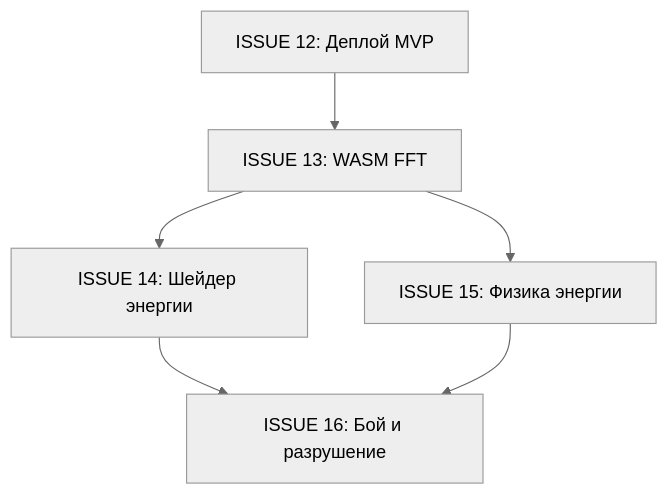
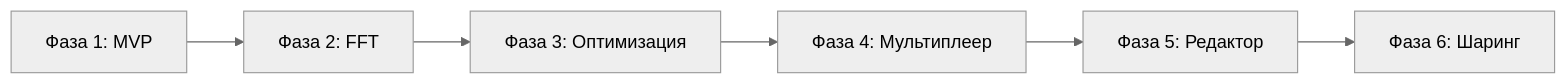
The diagram in TASKS.md (konard/netkeep80-isocubic), drawn with Mermaid (neutral theme) before and after one commit. The commit also changed other lines of this file and 8 other files, not shown here.

````diff
--- a/TASKS.md
+++ b/TASKS.md
@@ -623,8 +142,8 @@
 ```mermaid
-graph TD
-    I12[ISSUE 12: Деплой MVP] --> I13[ISSUE 13: WASM FFT]
-    I13 --> I14[ISSUE 14: Шейдер энергии]
-    I13 --> I15[ISSUE 15: Физика энергии]
-    I14 --> I16[ISSUE 16: Бой и разрушение]
-    I15 --> I16
+graph LR
+    P1[Фаза 1: MVP] --> P2[Фаза 2: FFT]
+    P2 --> P3[Фаза 3: Оптимизация]
+    P3 --> P4[Фаза 4: Мультиплеер]
+    P4 --> P5[Фаза 5: Редактор]
+    P5 --> P6[Фаза 6: Шаринг]
 ```
````
